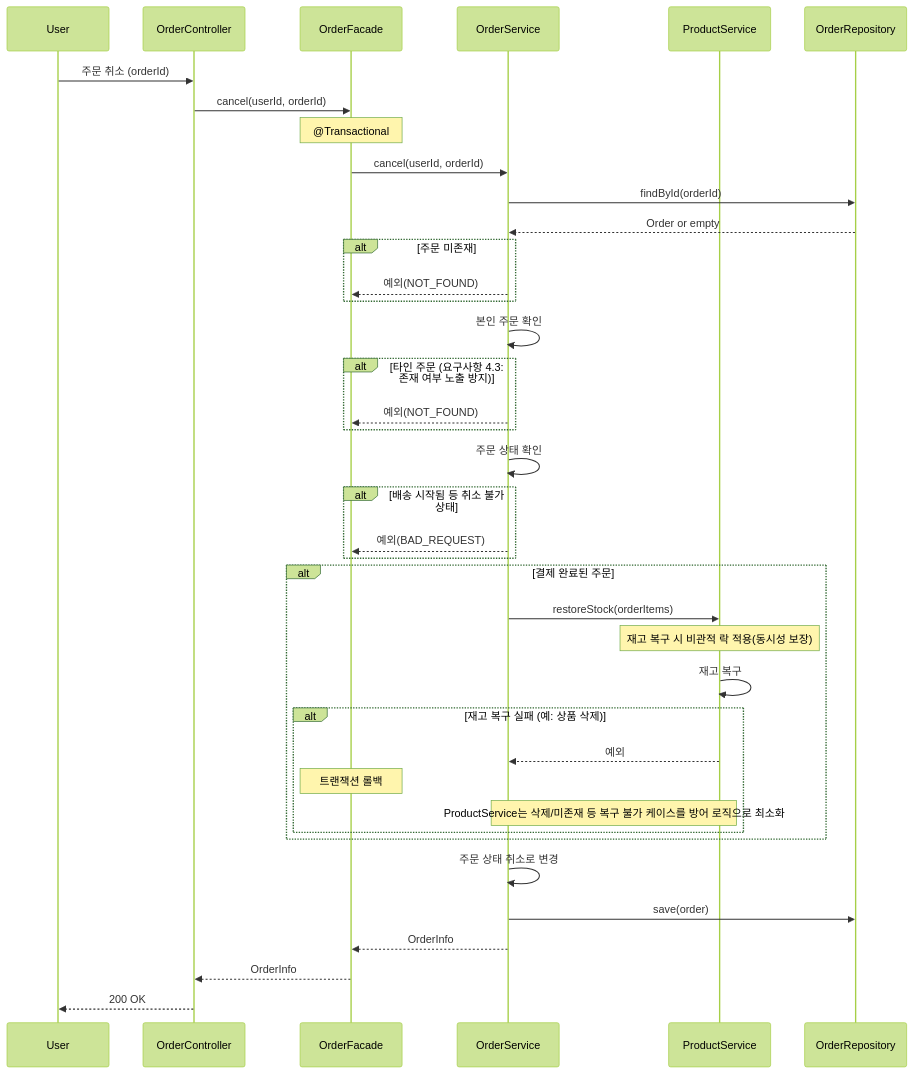
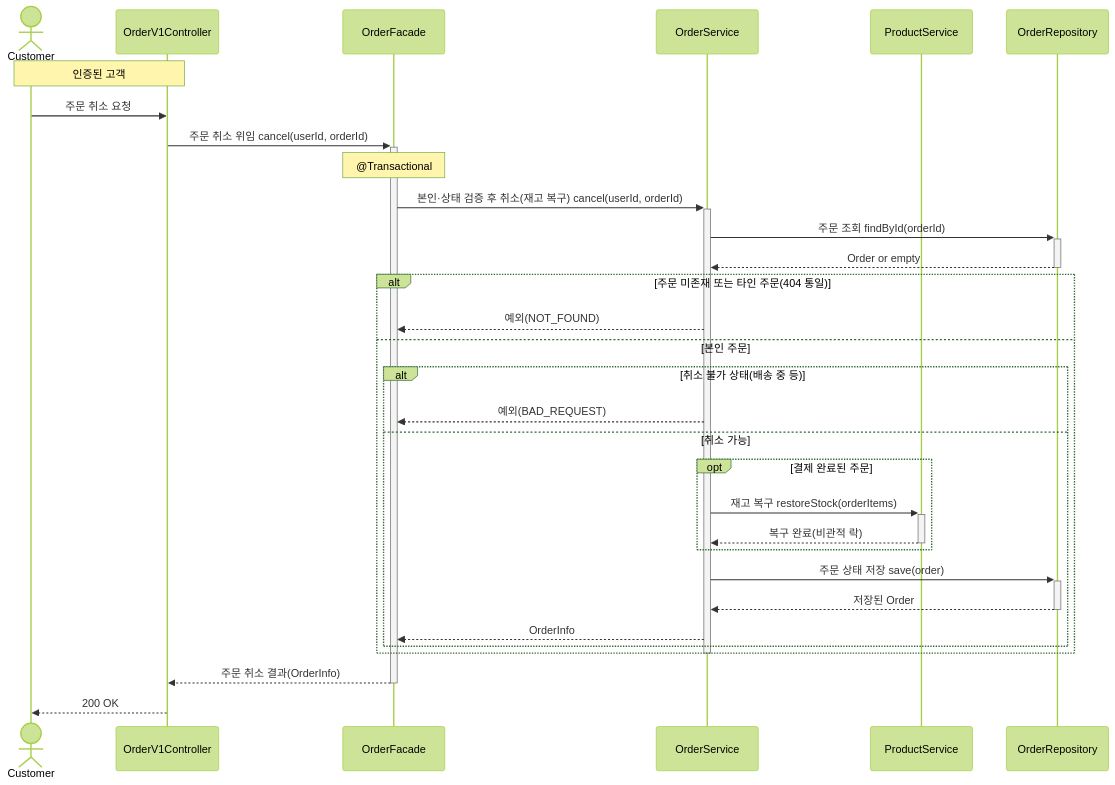
The eighth of 8 diagrams in .docs/design/02-sequence-diagrams.md (Loopers-dev-lab/loop-pack-be-l2-vol3-java), drawn with Mermaid (forest theme) before and after one commit. The commit also changed other lines of this file and 3 other files, not shown here.

````diff
--- a/.docs/design/02-sequence-diagrams.md
+++ b/.docs/design/02-sequence-diagrams.md
@@ -273,47 +341,37 @@
 ```mermaid
 sequenceDiagram
-    participant User
-    participant OrderController
-    participant OrderFacade
+    actor Customer
+    participant Controller as OrderV1Controller
+    participant Facade as OrderFacade
     participant OrderService
     participant ProductService
     participant OrderRepository
 
-    User->>OrderController: 주문 취소 (orderId)
-    OrderController->>OrderFacade: cancel(userId, orderId)
-    Note over OrderFacade: @Transactional
-    OrderFacade->>OrderService: cancel(userId, orderId)
+    Note over Customer, Controller: 인증된 고객
+    Customer->>Controller: 주문 취소 요청
 
-    OrderService->>OrderRepository: findById(orderId)
-    OrderRepository-->>OrderService: Order or empty
-    alt 주문 미존재
-        OrderService-->>OrderFacade: 예외(NOT_FOUND)
-    end
+    Controller->>+Facade: 주문 취소 위임 cancel(userId, orderId)
+    Note over Facade: @Transactional
+    Facade->>+OrderService: 본인·상태 검증 후 취소(재고 복구) cancel(userId, orderId)
 
-    OrderService->>OrderService: 본인 주문 확인
-    alt 타인 주문 (요구사항 4.3: 존재 여부 노출 방지)
-        OrderService-->>OrderFacade: 예외(NOT_FOUND)
-    end
-
-    OrderService->>OrderService: 주문 상태 확인
-    alt 배송 시작됨 등 취소 불가 상태
-        OrderService-->>OrderFacade: 예외(BAD_REQUEST)
-    end
-
-    alt 결제 완료된 주문
-        OrderService->>ProductService: restoreStock(orderItems)
-        Note over ProductService: 재고 복구 시 비관적 락 적용(동시성 보장)
-        ProductService->>ProductService: 재고 복구
-        alt 재고 복구 실패 (예: 상품 삭제)
-            ProductService-->>OrderService: 예외
-            Note over OrderFacade: 트랜잭션 롤백
-            Note over OrderService, ProductService: ProductService는 삭제/미존재 등 복구 불가 케이스를 방어 로직으로 최소화
+    OrderService->>+OrderRepository: 주문 조회 findById(orderId)
+    OrderRepository-->>-OrderService: Order or empty
+    alt 주문 미존재 또는 타인 주문(404 통일)
+        OrderService-->>Facade: 예외(NOT_FOUND)
+    else 본인 주문
+        alt 취소 불가 상태(배송 중 등)
+            OrderService-->>Facade: 예외(BAD_REQUEST)
+        else 취소 가능
+            opt 결제 완료된 주문
+                OrderService->>+ProductService: 재고 복구 restoreStock(orderItems)
+                ProductService-->>-OrderService: 복구 완료(비관적 락)
+            end
+            OrderService->>+OrderRepository: 주문 상태 저장 save(order)
+            OrderRepository-->>-OrderService: 저장된 Order
+            OrderService-->>Facade: OrderInfo
         end
     end
-
-    OrderService->>OrderService: 주문 상태 취소로 변경
-    OrderService->>OrderRepository: save(order)
-    OrderService-->>OrderFacade: OrderInfo
-    OrderFacade-->>OrderController: OrderInfo
-    OrderController-->>User: 200 OK
+    deactivate OrderService
+    Facade-->>-Controller: 주문 취소 결과(OrderInfo)
+    Controller-->>Customer: 200 OK
 ```
````
